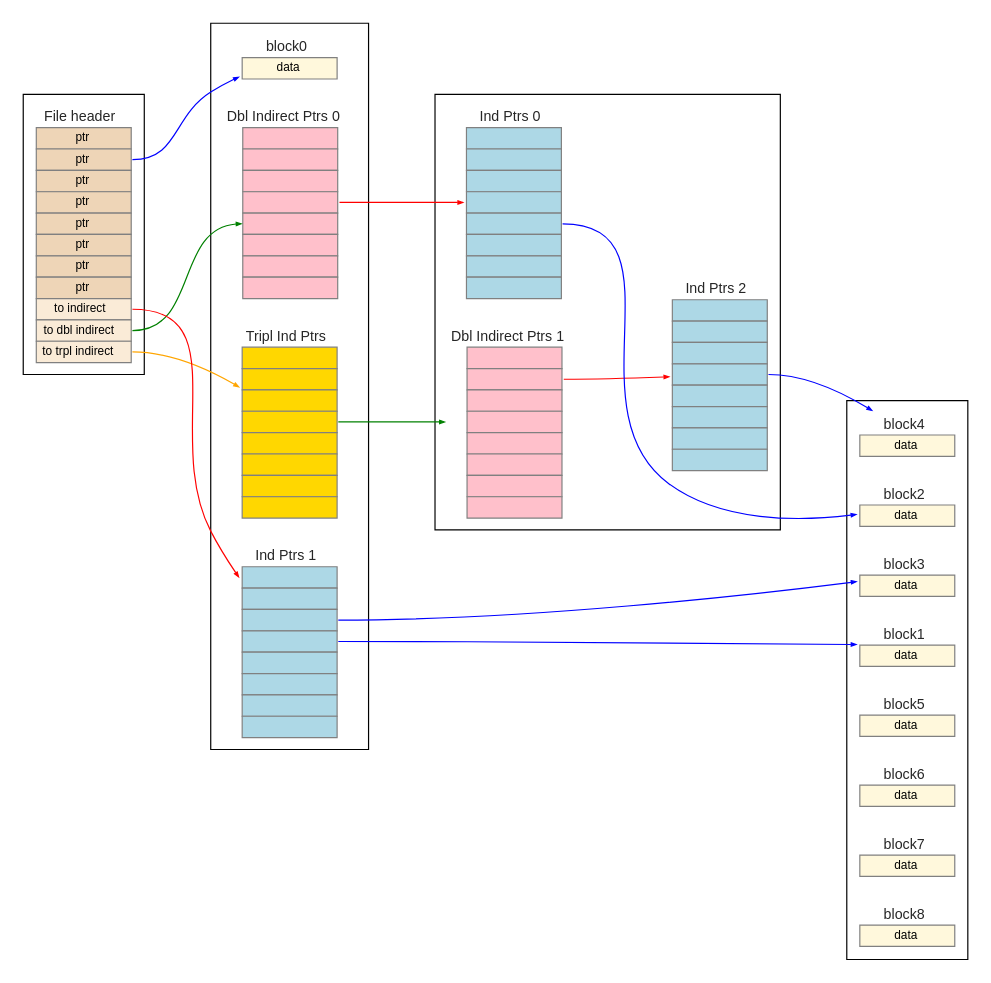
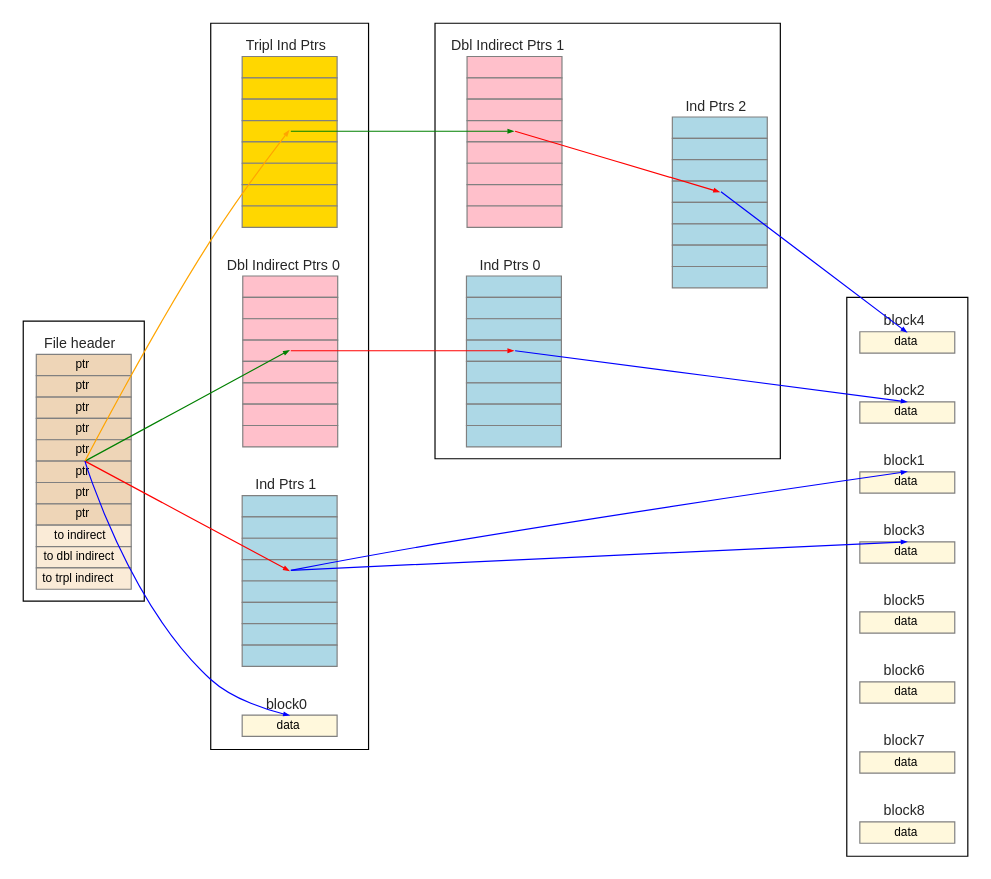
The diagram in memsim/memsim/diag/diagsample5.gv (pitosalas/public-131-samples), drawn with Graphviz before and after one commit. The commit also changed 14 other files, not shown here.

```diff
--- a/memsim/memsim/diag/diagsample5.gv
+++ b/memsim/memsim/diag/diagsample5.gv
@@ -1,18 +1,18 @@
 digraph "memsim/diag/diagsample5" {
 	graph [fontname=Helvetica rankdir=LR ranksep=1.0]
 	node [fontname=Helvetica fontsize=8 margin="0.04 0.04" shape=none width=0.4]
-	edge [arrowsize=0.4]
-	top:9 -> dbox0:4 [color=green]
-	top:10 -> tbox0 [color=orange]
-	dbox1:1 -> ibox2 [color=red]
-	tbox0:3 -> dbox1 [color=green]
-	top:8 -> ibox1 [color=red]
-	ibox0:4 -> tiny2 [color=blue]
-	ibox1:3 -> tiny1 [color=blue]
-	ibox1:2 -> tiny3 [color=blue]
-	ibox2:3 -> tiny4 [color=blue]
-	top:1 -> tiny0 [color=blue]
-	dbox0:3 -> ibox0 [color=red]
+	edge [arrowsize=0.4 headclip=false headport=center tailclip=false tailport=center]
+	top:9:c -> dbox0 [color=green headclip=false headport=center tailclip=false tailport=center]
+	top:10 -> tbox0 [color=orange headclip=false headport=center tailclip=false tailport=center]
+	dbox1:1 -> ibox2 [color=red headclip=false headport=center tailclip=false tailport=center]
+	tbox0:3 -> dbox1 [color=green headclip=false headport=center tailclip=false tailport=center]
+	top:8 -> ibox1 [color=red headclip=false headport=center tailclip=false tailport=center]
+	ibox0:4 -> tiny2 [color=blue headclip=false headport=center tailclip=false tailport=center]
+	ibox1:3 -> tiny1 [color=blue headclip=false headport=center tailclip=false tailport=center]
+	ibox1:2 -> tiny3 [color=blue headclip=false headport=center tailclip=false tailport=center]
+	ibox2:3 -> tiny4 [color=blue headclip=false headport=center tailclip=false tailport=center]
+	top:1 -> tiny0 [color=blue headclip=false headport=center tailclip=false tailport=center]
+	dbox0:3 -> ibox0 [color=red headclip=false headport=center tailclip=false tailport=center]
 	subgraph cluster_first {
 		top [label=<<table border="0.1" cellborder="1" cellspacing="0"><TR><TD border="0.0" ><font face="helvetica" color="grey15" point-size="12">File header</font></TD></TR><tr><td align="text" color="grey" bgcolor="bisque2" height="18" fixedsize="true" width="80" port="0"><font point-size="10">ptr</font></td></tr><tr><td align="text" color="grey" bgcolor="bisque2" height="18" fixedsize="true" width="80" port="1"><font point-size="10">ptr</font></td></tr><tr><td align="text" color="grey" bgcolor="bisque2" height="18" fixedsize="true" width="80" port="2"><font point-size="10">ptr</font></td></tr><tr><td align="text" color="grey" bgcolor="bisque2" height="18" fixedsize="true" width="80" port="3"><font point-size="10">ptr</font></td></tr><tr><td align="text" color="grey" bgcolor="bisque2" height="18" fixedsize="true" width="80" port="4"><font point-size="10">ptr</font></td></tr><tr><td align="text" color="grey" bgcolor="bisque2" height="18" fixedsize="true" width="80" port="5"><font point-size="10">ptr</font></td></tr><tr><td align="text" color="grey" bgcolor="bisque2" height="18" fixedsize="true" width="80" port="6"><font point-size="10">ptr</font></td></tr><tr><td align="text" color="grey" bgcolor="bisque2" height="18" fixedsize="true" width="80" port="7"><font point-size="10">ptr</font></td></tr><tr><td align="text" color="grey" bgcolor="antiquewhite" height="18" fixedsize="true" width="80" port="8"><font point-size="10">to indirect</font></td></tr><tr><td align="text" color="grey" bgcolor="antiquewhite" height="18" fixedsize="true" width="80" port="9"><font point-size="10">to dbl indirect</font></td></tr><tr><td align="text" color="grey" bgcolor="antiquewhite" height="18" fixedsize="true" width="80" port="10"><font point-size="10">to trpl indirect</font></td></tr></table>>]
 		rank=sink
```
